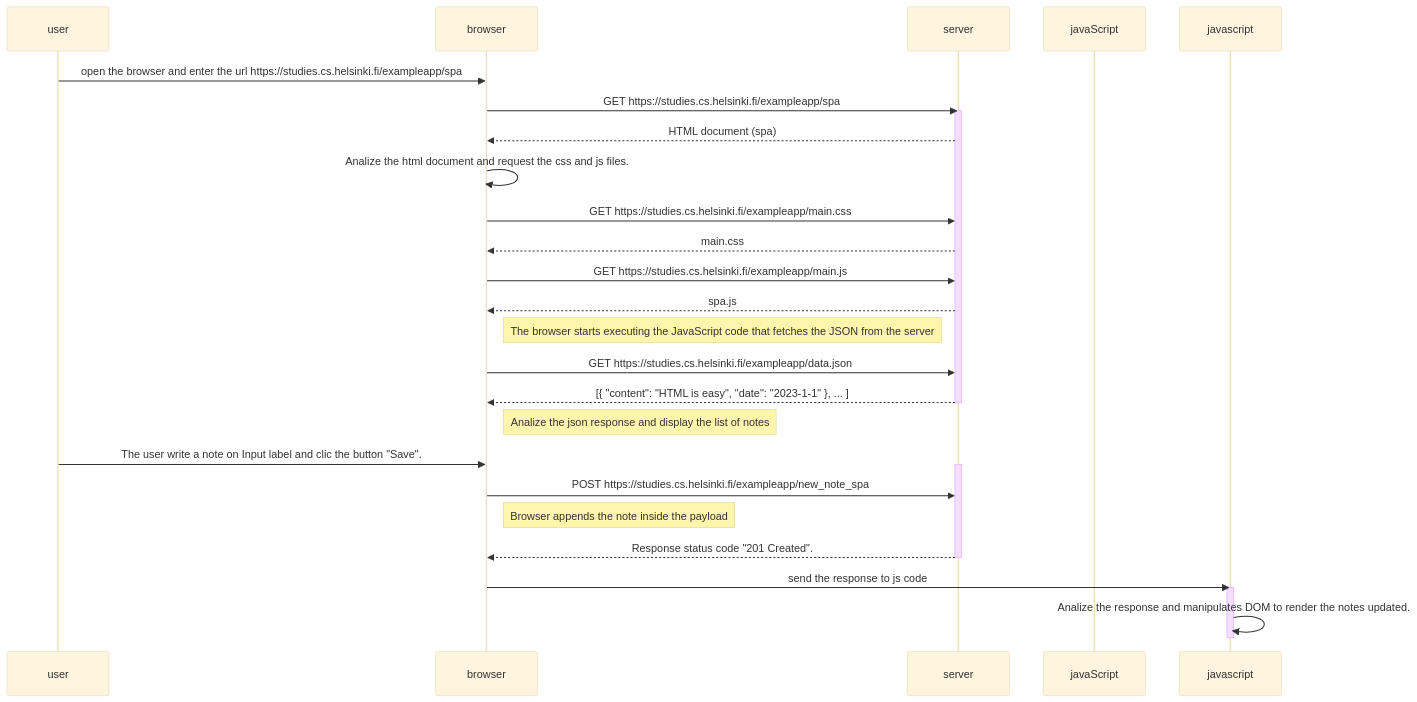
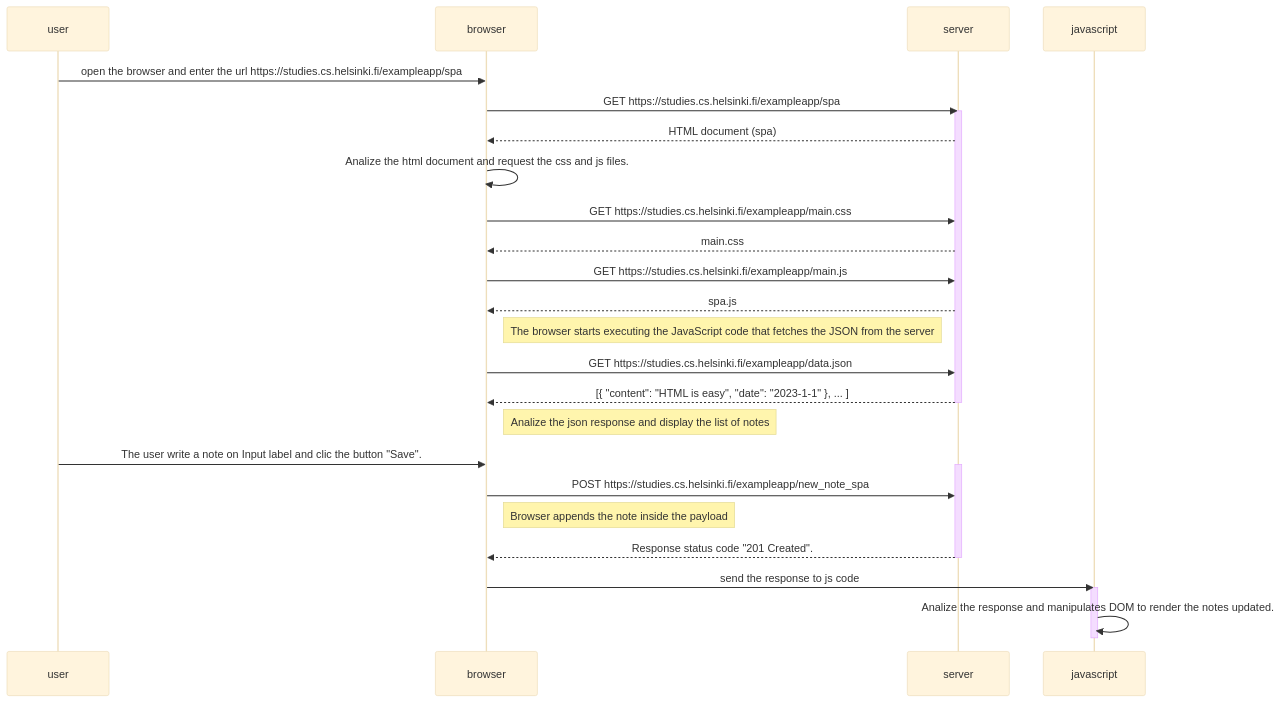
Before and after one commit to FedericoIseas/Part0: the diagram in 0.6.md, drawn with Mermaid (base theme).

Commit message:
mod 0.6 to remove js extra

````diff
--- a/0.6.md
+++ b/0.6.md
@@ -1,52 +1,52 @@
 ```mermaid
 sequenceDiagram
     participant user
     participant browser
     participant server
-    participant javaScript
+    participant javascript
 
     %% first load %%
     user->>browser: open the browser and enter the url https://studies.cs.helsinki.fi/exampleapp/spa
 
     browser->>server: GET https://studies.cs.helsinki.fi/exampleapp/spa
     activate server
     server-->>browser: HTML document (spa)
 
     browser->>browser: Analize the html document and request the css and js files.
 
     browser->>server: GET https://studies.cs.helsinki.fi/exampleapp/main.css
     
     server-->>browser: main.css
 
     browser->>server: GET https://studies.cs.helsinki.fi/exampleapp/main.js
     
     server-->>browser: spa.js
 
     Note right of browser: The browser starts executing the JavaScript code that fetches the JSON from the server
 
     browser->>server: GET https://studies.cs.helsinki.fi/exampleapp/data.json
     
     server-->>browser: [{ "content": "HTML is easy", "date": "2023-1-1" }, ... ]
     deactivate server
 
     Note right of browser: Analize the json response and display the list of notes
     
     user->>browser: The user write a note on Input label and clic the button "Save".
     activate server
 
     browser->>server: POST https://studies.cs.helsinki.fi/exampleapp/new_note_spa
 
     Note right of browser: Browser appends the note inside the payload
 
     server-->>browser: Response status code "201 Created".
     deactivate server
     
     browser->>javascript: send the response to js code
     activate javascript
     javascript->>javascript: Analize the response and manipulates DOM to render the notes updated.
     deactivate javascript
 
 
 
     
 ```
````
